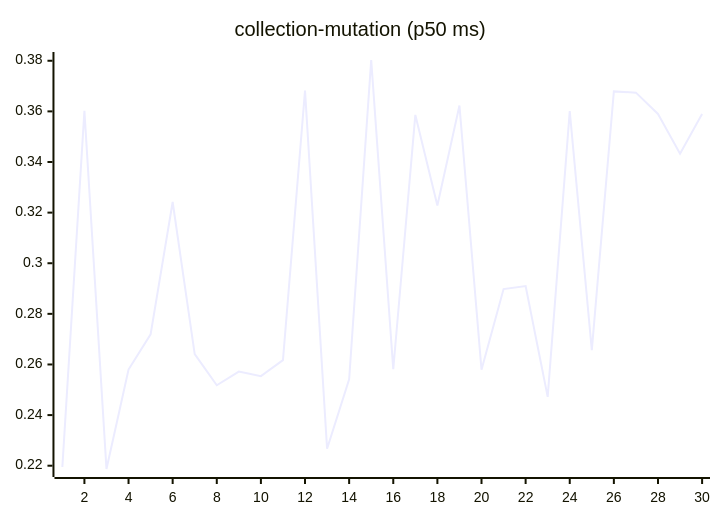
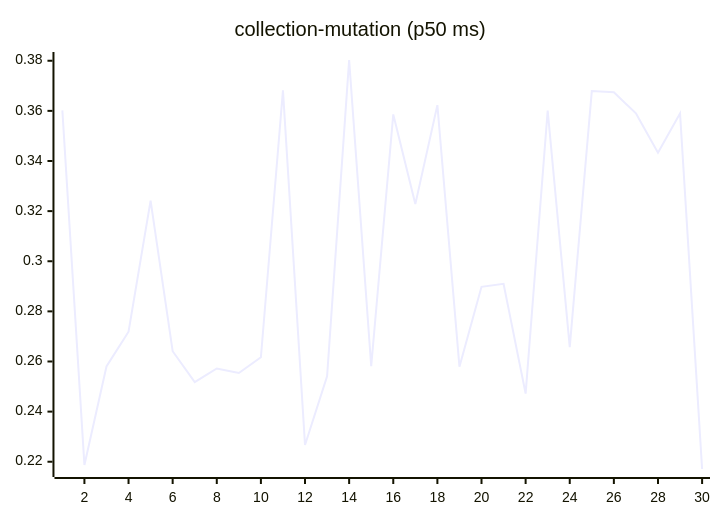
Before and after one commit to josha/Facet: the sixth of 27 diagrams in README.md, drawn with Mermaid. The commit also changed other lines of this file and 2 other files, not shown here.

````diff
--- a/README.md
+++ b/README.md
@@ -98,6 +98,6 @@
 ```mermaid
 xychart-beta
     title "collection-mutation (p50 ms)"
     x-axis 1 --> 30
-    line [0.2195, 0.3602, 0.2187, 0.2580, 0.2719, 0.3242, 0.2641, 0.2518, 0.2572, 0.2554, 0.2617, 0.3682, 0.2267, 0.2541, 0.3803, 0.2581, 0.3586, 0.3228, 0.3623, 0.2579, 0.2898, 0.2910, 0.2472, 0.3601, 0.2657, 0.3679, 0.3674, 0.3590, 0.3433, 0.3590]
+    line [0.3602, 0.2187, 0.2580, 0.2719, 0.3242, 0.2641, 0.2518, 0.2572, 0.2554, 0.2617, 0.3682, 0.2267, 0.2541, 0.3803, 0.2581, 0.3586, 0.3228, 0.3623, 0.2579, 0.2898, 0.2910, 0.2472, 0.3601, 0.2657, 0.3679, 0.3674, 0.3590, 0.3433, 0.3590, 0.2171]
 ```
````
